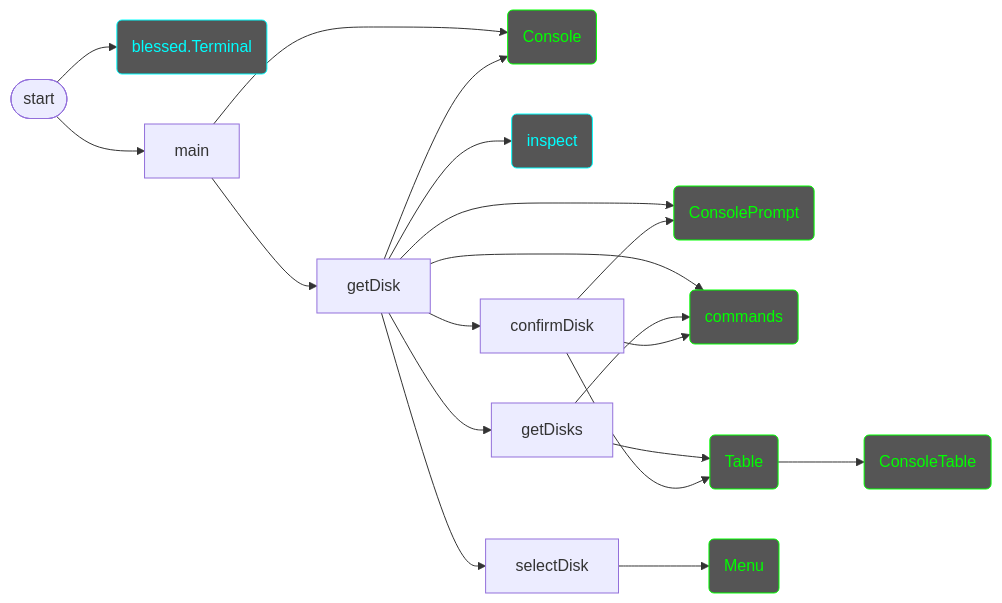
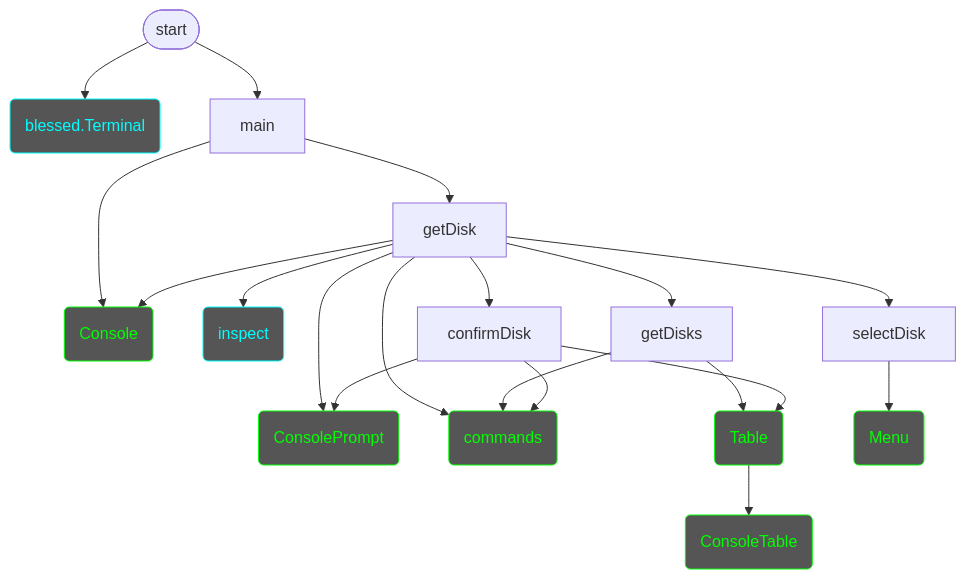
The diagram in pyScripts/docs/getDisk.md (7s4e/p3), drawn with Mermaid before and after one commit. The commit also changed other lines of this file and 7 other files, not shown here.

````diff
--- a/pyScripts/docs/getDisk.md
+++ b/pyScripts/docs/getDisk.md
@@ -2,42 +3,42 @@
 ```mermaid
-flowchart LR
+flowchart
     classDef complete color:#0f0,stroke:#0f0,fill:#555
     classDef working color:#ff0,stroke:#ff0,fill:#555
     classDef library color:#0ff,stroke:#0ff,fill:#555
 
     %% Structure
     IF([start])
         IF --> TRM
         IF --> MAIN
     MAIN[main]
         MAIN --> CON
         MAIN --> GD
     GD[getDisk]
         GD --> CON
         GD --> INSP
         GD --> GDS
         GD --> CCP
         GD --> SD
         GD --> CD
         GD --> CMD
     GDS[getDisks]
         GDS --> CMD
         GDS --> TBL
     SD[selectDisk]
         SD --> MNU
     CD[confirmDisk]
         CD --> CMD
         CD --> TBL
         CD --> CCP
 
     %% Modules
     TRM(blessed.Terminal):::library
     INSP(inspect):::library
     CMD(commands):::complete
     CON(Console):::complete
     CCP(ConsolePrompt):::complete
     CCT(ConsoleTable):::complete
     TBL(Table):::complete
         TBL --> CCT
     MNU(Menu):::complete
 ```
````
